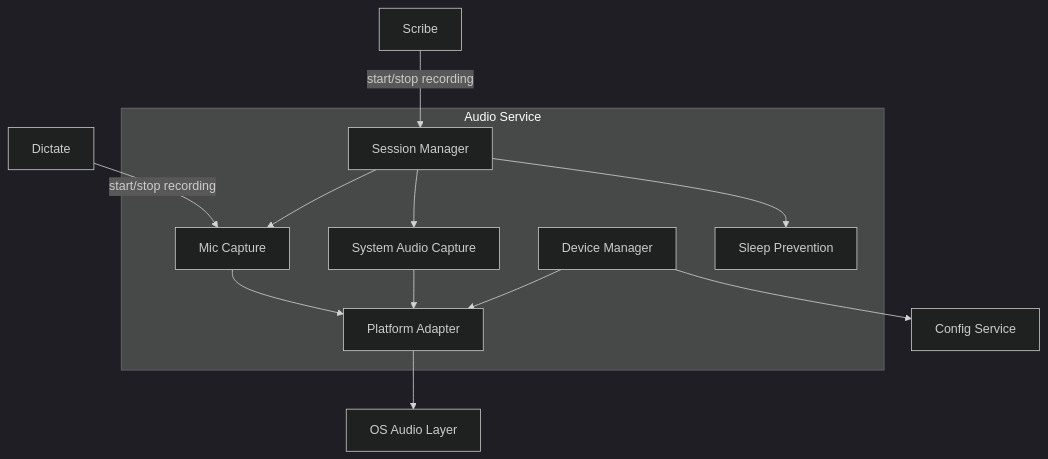
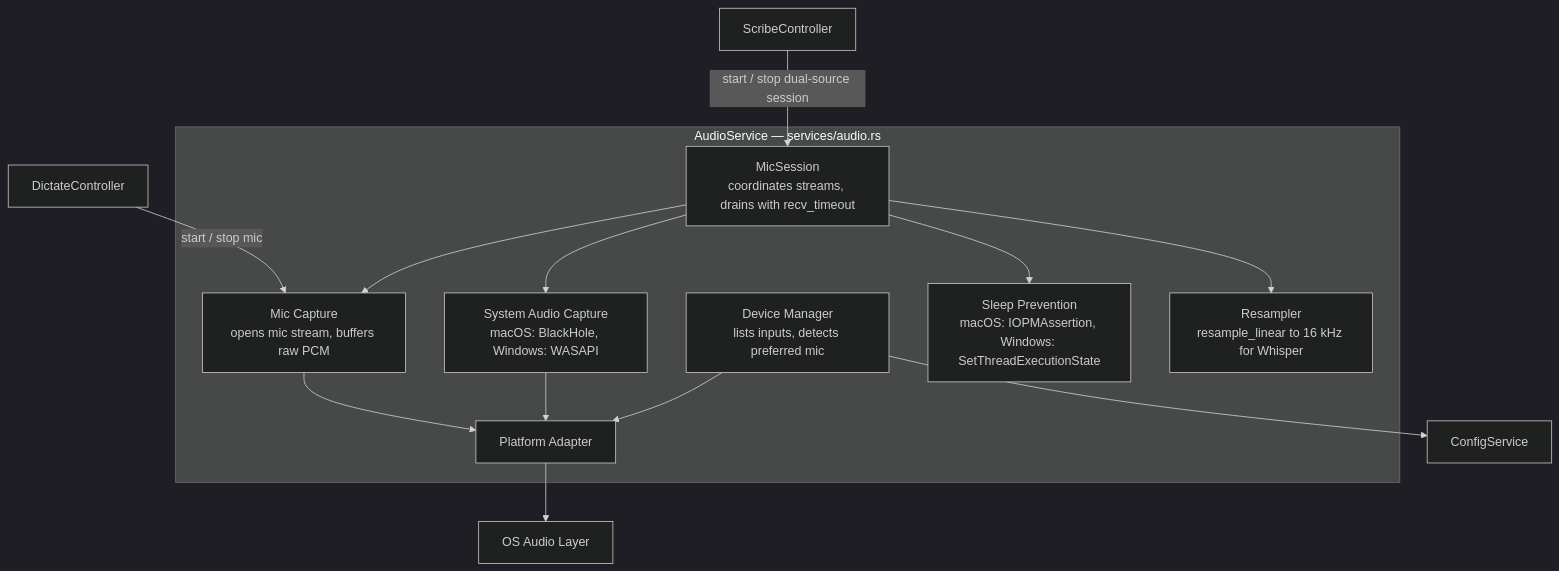
The third of 10 diagrams in context/architecture.md (Lenniott/scribeFloat), drawn with Mermaid (dark theme) before and after one commit. The commit also changed other lines of this file and 3 other files, not shown here.

First line of the commit message:
Add README, PRIVACY policy, LICENSE and update C4 architecture diagrams

````diff
--- a/context/architecture.md
+++ b/context/architecture.md
@@ -104,27 +162,29 @@
 ```mermaid
 graph TB
-    subgraph audio["Audio Service"]
-        device["Device Manager"]
-        mic["Mic Capture"]
-        system["System Audio Capture"]
-        session["Session Manager"]
-        power["Sleep Prevention"]
-        platform["Platform Adapter"]
+    subgraph audio["AudioService — services/audio.rs"]
+        device["Device Manager\nlists inputs, detects preferred mic"]
+        mic["Mic Capture\nopens mic stream, buffers raw PCM"]
+        system["System Audio Capture\nmacOS: BlackHole, Windows: WASAPI"]
+        session["MicSession\ncoordinates streams, drains with recv_timeout"]
+        power["Sleep Prevention\nmacOS: IOPMAssertion, Windows: SetThreadExecutionState"]
+        resample["Resampler\nresample_linear to 16 kHz for Whisper"]
+        platform_audio["Platform Adapter"]
     end
 
-    config["Config Service"]
+    config["ConfigService"]
     os_audio["OS Audio Layer"]
-    scribe["Scribe"]
-    dictate["Dictate"]
+    ctrl_scribe["ScribeController"]
+    ctrl_dictate["DictateController"]
 
-    scribe -->|"start/stop recording"| session
-    dictate -->|"start/stop recording"| mic
+    ctrl_scribe -->|"start / stop dual-source session"| session
+    ctrl_dictate -->|"start / stop mic"| mic
     session --> mic
     session --> system
     session --> power
-    mic --> platform
-    system --> platform
-    device --> platform
-    platform --> os_audio
+    session --> resample
+    mic --> platform_audio
+    system --> platform_audio
+    device --> platform_audio
+    platform_audio --> os_audio
     device --> config
 ```
````
